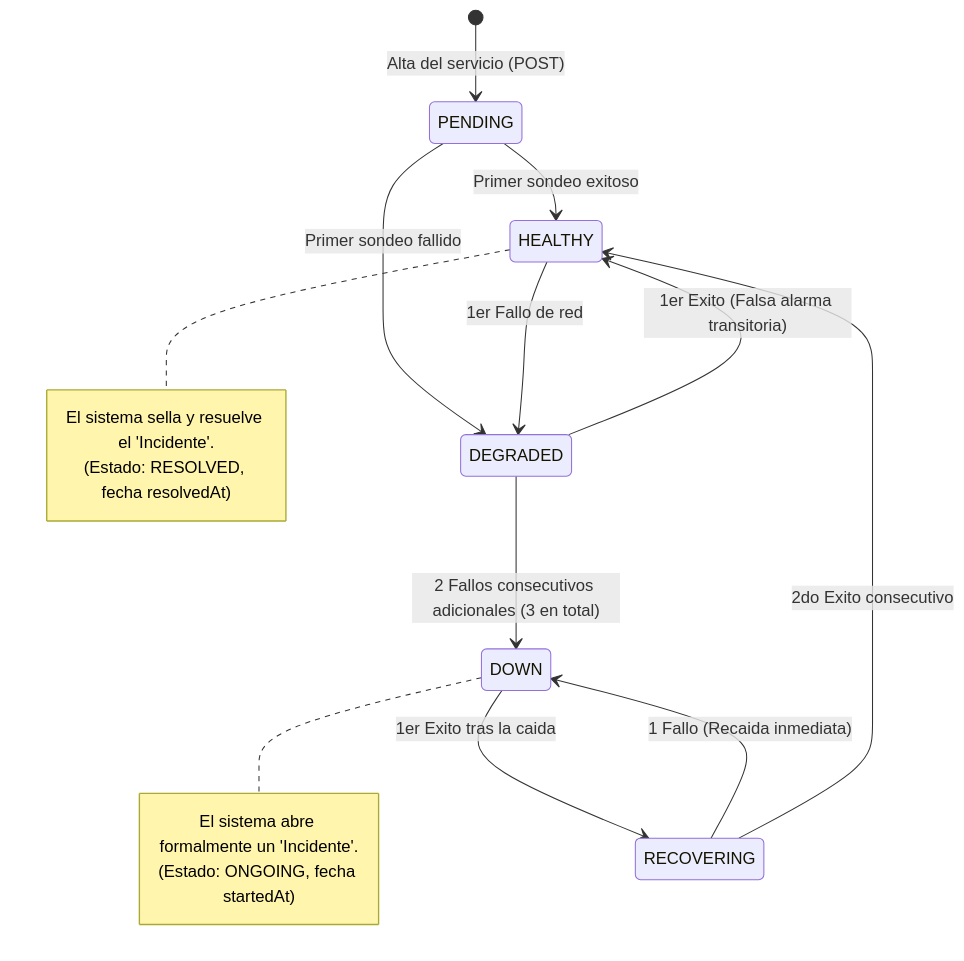
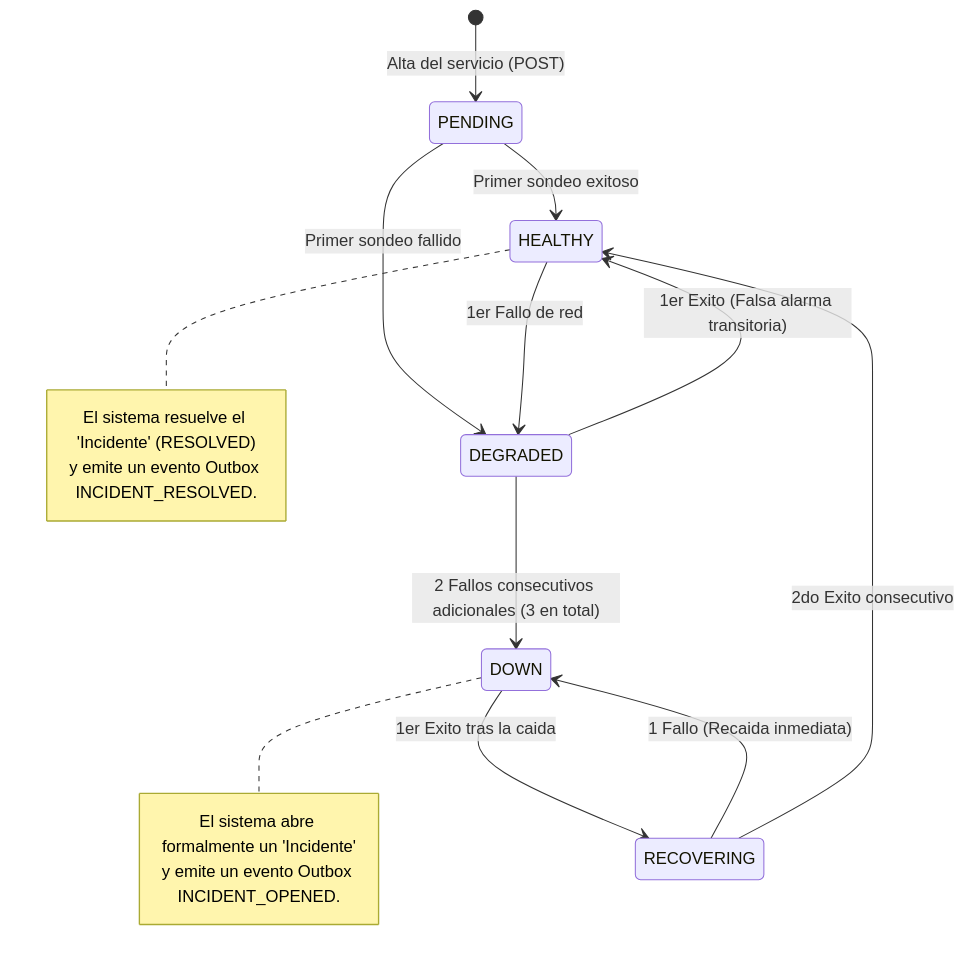
One commit to Marcosdaag/deploy-ops changed the second of 2 diagrams in docs/DOMAIN_AND_RULES.md. Above: the diagram before and after it, drawn with Mermaid. The commit also changed other lines of this file and 50 other files, not shown here.

````diff
--- a/docs/DOMAIN_AND_RULES.md
+++ b/docs/DOMAIN_AND_RULES.md
@@ -70,25 +117,25 @@
 ```mermaid
 stateDiagram-v2
     [*] --> PENDING : Alta del servicio (POST)
 
     PENDING --> HEALTHY : Primer sondeo exitoso
     PENDING --> DEGRADED : Primer sondeo fallido
 
     HEALTHY --> DEGRADED : 1er Fallo de red
     DEGRADED --> HEALTHY : 1er Exito (Falsa alarma transitoria)
 
     DEGRADED --> DOWN : 2 Fallos consecutivos adicionales (3 en total)
     note right of DOWN
-      El sistema abre formalmente un 'Incidente'.
-      (Estado: ONGOING, fecha startedAt)
+      El sistema abre formalmente un 'Incidente'
+      y emite un evento Outbox INCIDENT_OPENED.
     end note
 
     DOWN --> RECOVERING : 1er Exito tras la caida
     RECOVERING --> DOWN : 1 Fallo (Recaida inmediata)
 
     RECOVERING --> HEALTHY : 2do Exito consecutivo
     note right of HEALTHY
-      El sistema sella y resuelve el 'Incidente'.
-      (Estado: RESOLVED, fecha resolvedAt)
+      El sistema resuelve el 'Incidente' (RESOLVED)
+      y emite un evento Outbox INCIDENT_RESOLVED.
     end note
 ```
````
